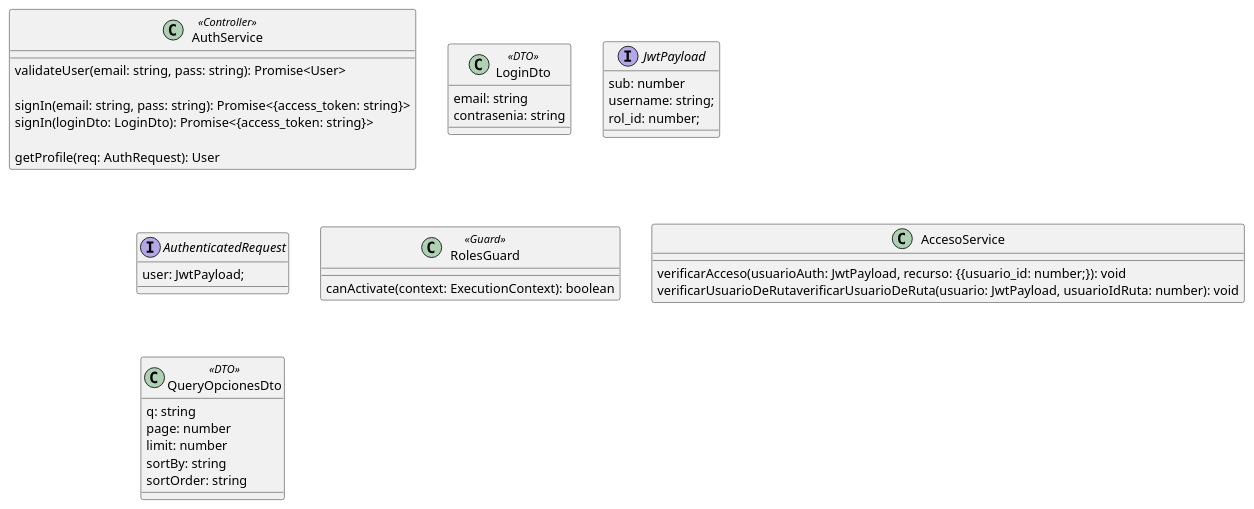
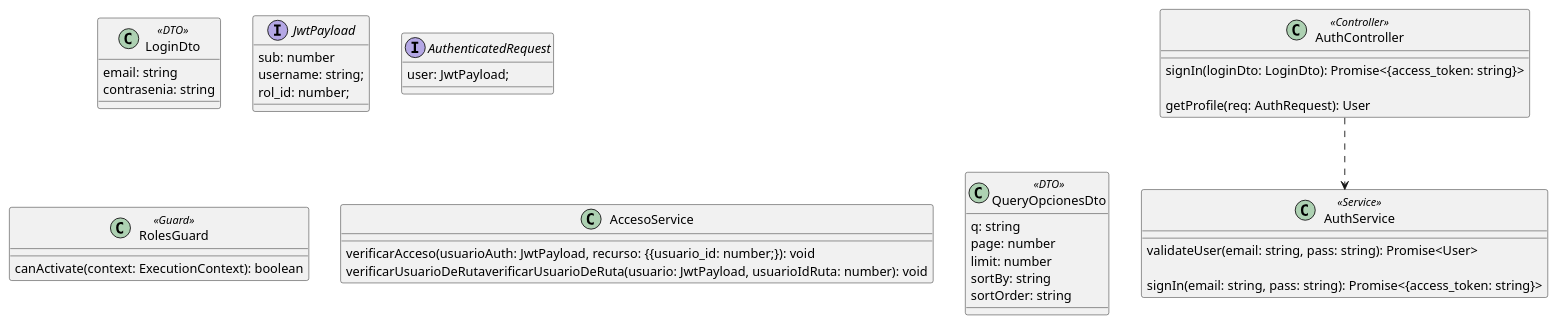
One commit to fedef1982/2025-TUP-Prog3-TP-Grupo2 changed the diagram in documentacion/diagramas/Diagramas de clases/diagrama_clase_auth+Acceso+QueryDto.puml. Above: the diagram before and after it, drawn with PlantUML. The commit also changed 7 other files, not shown here.

Commit message:
cambios en diagramas

```diff
--- a/documentacion/diagramas/Diagramas de clases/diagrama_clase_auth+Acceso+QueryDto.puml
+++ b/documentacion/diagramas/Diagramas de clases/diagrama_clase_auth+Acceso+QueryDto.puml
@@ -1,53 +1,57 @@
 @startuml AdoptAR
 
 skinparam Linetype ortho
 
 class AuthService <<Service>> {
     validateUser(email: string, pass: string): Promise<User>
 
     signIn(email: string, pass: string): Promise<{access_token: string}>
 
 }
 
-class AuthService <<Controller>> {
+class AuthController <<Controller>> {
 
     signIn(loginDto: LoginDto): Promise<{access_token: string}>
 
     getProfile(req: AuthRequest): User
 }
 
 class LoginDto <<DTO>> {
     email: string
     contrasenia: string
 }
 
 interface JwtPayload {
     sub: number
     username: string;
     rol_id: number;
 }
 
 interface AuthenticatedRequest {
     user: JwtPayload;
 }
 
 class RolesGuard <<Guard>> {
     canActivate(context: ExecutionContext): boolean
 }
 
 class AccesoService{
 
     verificarAcceso(usuarioAuth: JwtPayload, recurso: {{usuario_id: number;}): void    
     
     verificarUsuarioDeRutaverificarUsuarioDeRuta(usuario: JwtPayload, usuarioIdRuta: number): void
 
 }
 
 class QueryOpcionesDto <<DTO>> {
     q: string
     page: number
     limit: number
     sortBy: string
     sortOrder: string
 }
+
+/' Relaciones '/
+AuthController ..> AuthService 
+
 @enduml
```
